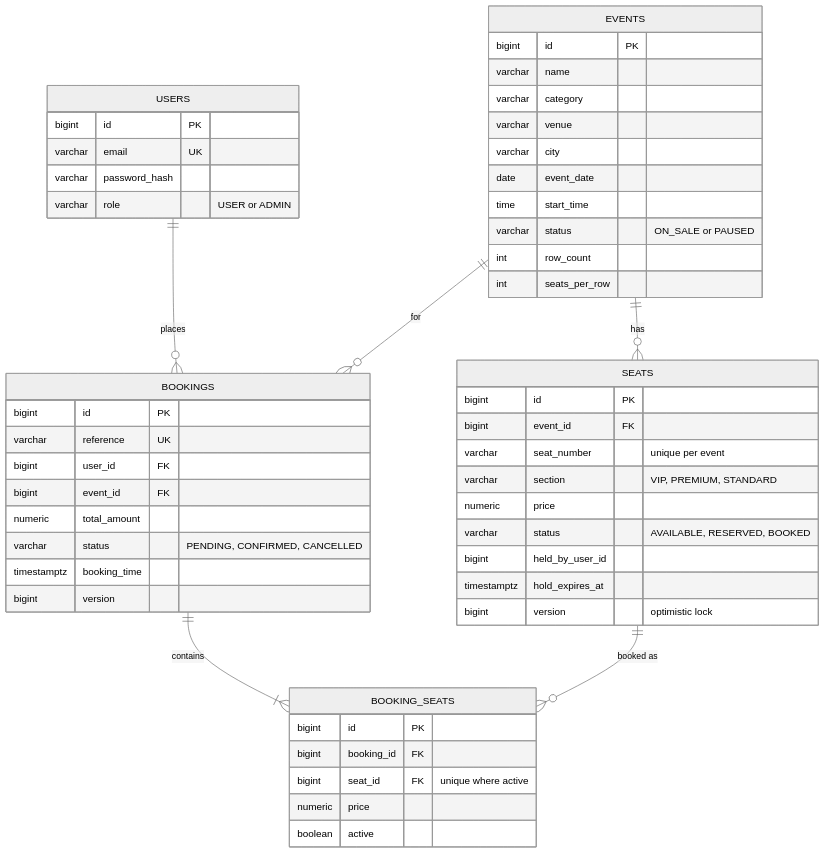
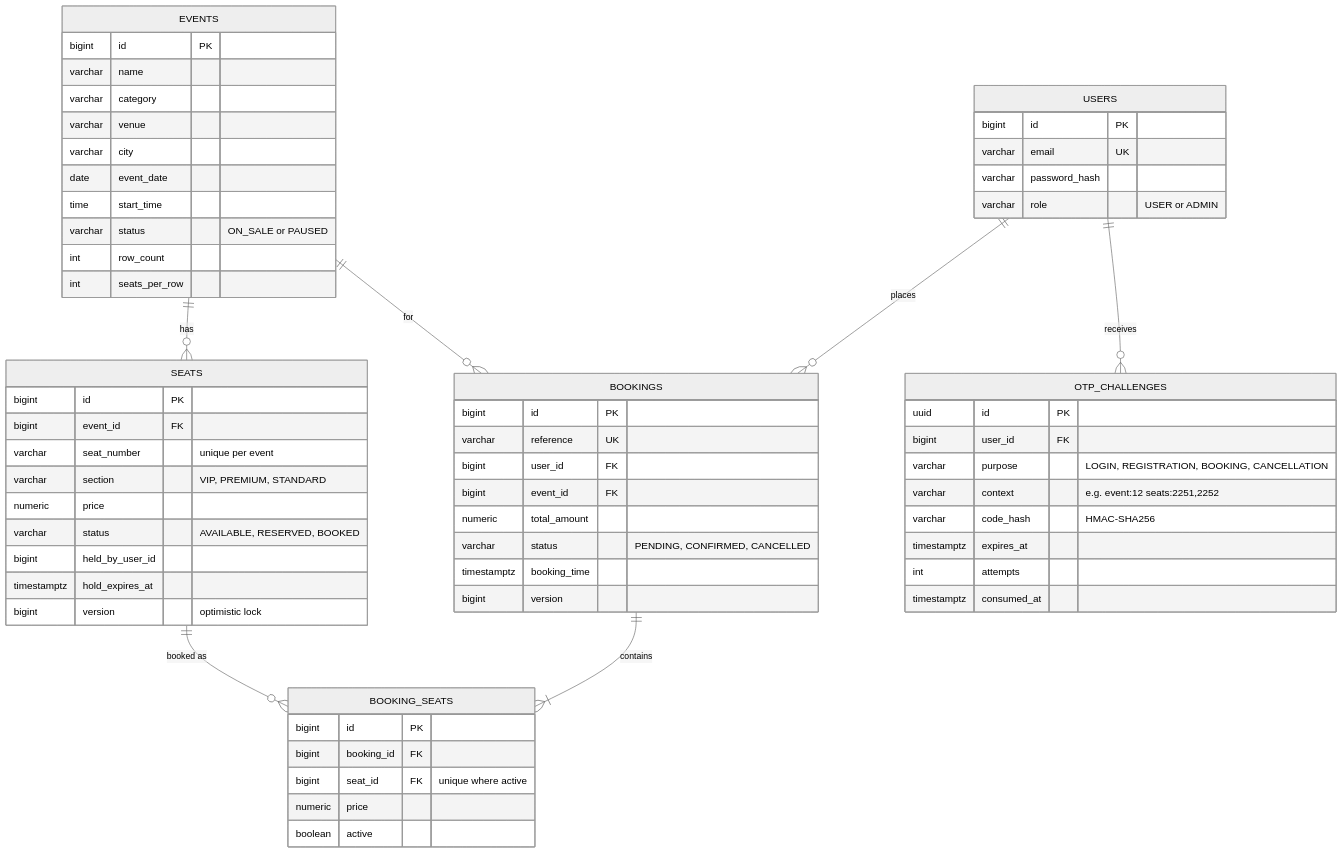
Before and after one commit to aksharaagarwal21/SeatSync: the third of 3 diagrams in README.md, drawn with Mermaid (neutral theme). The commit also changed other lines of this file and 2 other files, not shown here.

````diff
--- a/README.md
+++ b/README.md
@@ -274,55 +284,66 @@
 ```mermaid
 erDiagram
     USERS ||--o{ BOOKINGS : places
     EVENTS ||--o{ SEATS : has
     EVENTS ||--o{ BOOKINGS : for
     BOOKINGS ||--|{ BOOKING_SEATS : contains
     SEATS ||--o{ BOOKING_SEATS : "booked as"
+    USERS ||--o{ OTP_CHALLENGES : receives
 
     USERS {
         bigint id PK
         varchar email UK
         varchar password_hash
         varchar role "USER or ADMIN"
     }
     EVENTS {
         bigint id PK
         varchar name
         varchar category
         varchar venue
         varchar city
         date event_date
         time start_time
         varchar status "ON_SALE or PAUSED"
         int row_count
         int seats_per_row
     }
     SEATS {
         bigint id PK
         bigint event_id FK
         varchar seat_number "unique per event"
         varchar section "VIP, PREMIUM, STANDARD"
         numeric price
         varchar status "AVAILABLE, RESERVED, BOOKED"
         bigint held_by_user_id
         timestamptz hold_expires_at
         bigint version "optimistic lock"
     }
     BOOKINGS {
         bigint id PK
         varchar reference UK
         bigint user_id FK
         bigint event_id FK
         numeric total_amount
         varchar status "PENDING, CONFIRMED, CANCELLED"
         timestamptz booking_time
         bigint version
     }
     BOOKING_SEATS {
         bigint id PK
         bigint booking_id FK
         bigint seat_id FK "unique where active"
         numeric price
         boolean active
     }
+    OTP_CHALLENGES {
+        uuid id PK
+        bigint user_id FK
+        varchar purpose "LOGIN, REGISTRATION, BOOKING, CANCELLATION"
+        varchar context "e.g. event:12 seats:2251,2252"
+        varchar code_hash "HMAC-SHA256"
+        timestamptz expires_at
+        int attempts
+        timestamptz consumed_at
+    }
 ```
````
